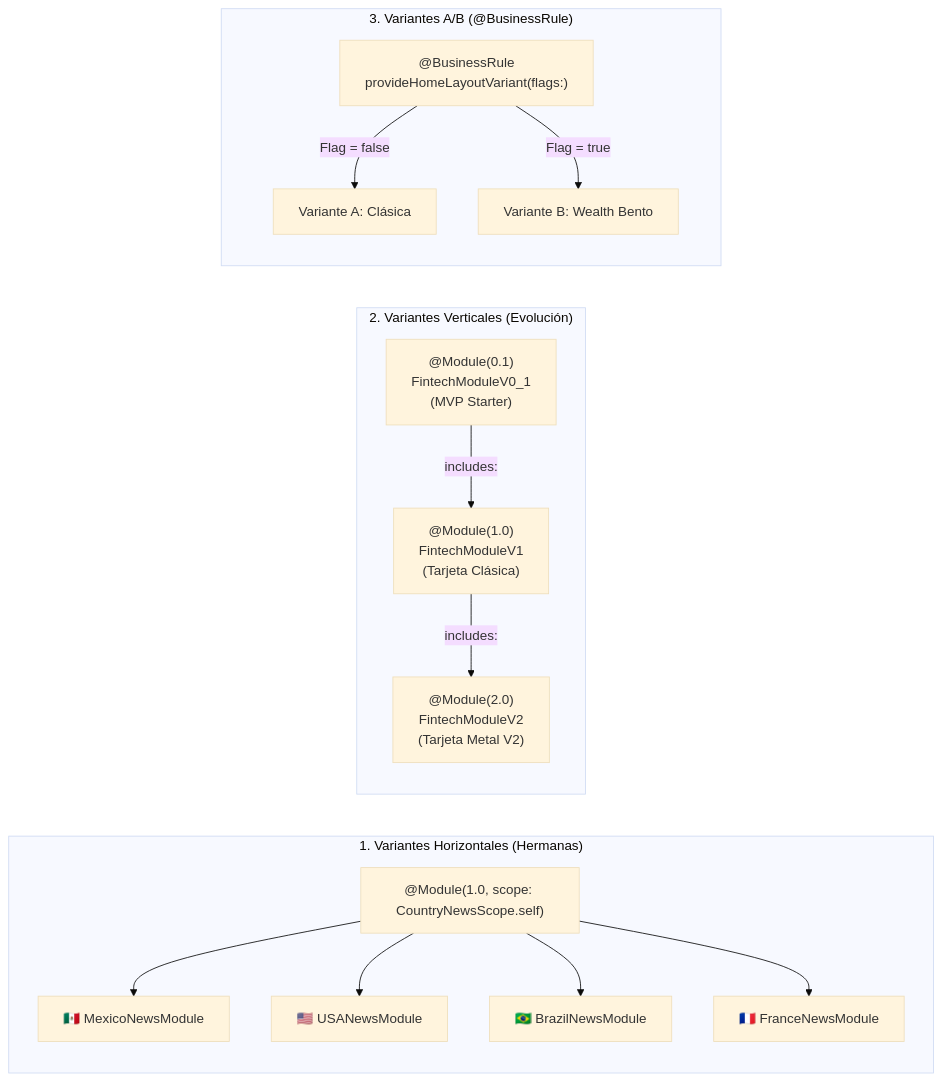
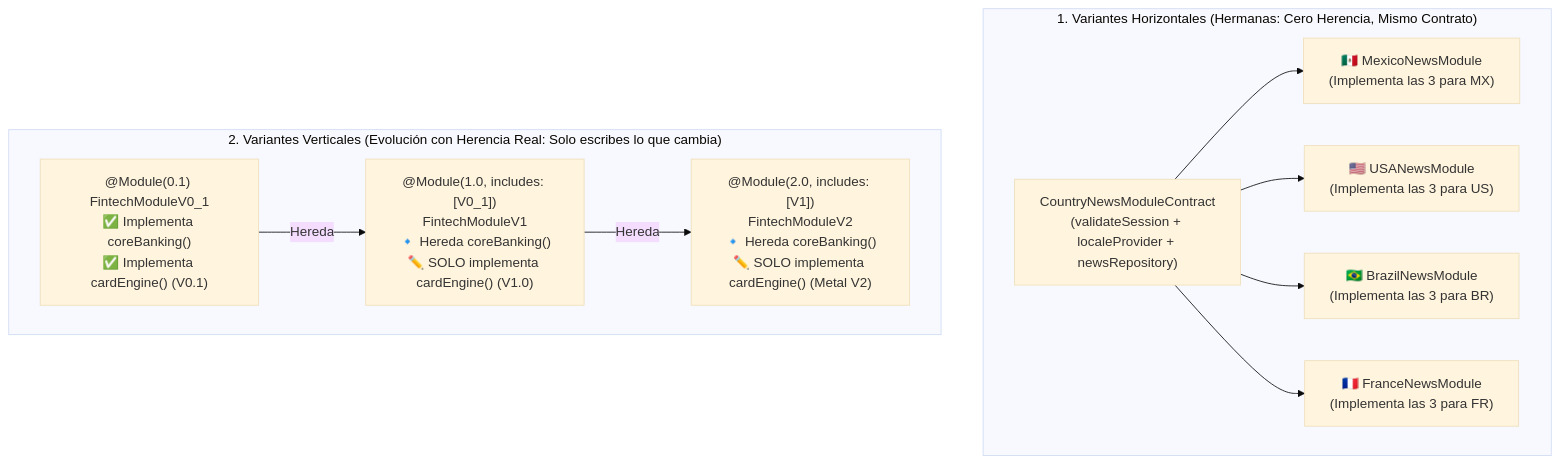
The third of 3 diagrams in README.md (fsaldivar-dev/dagger-swift), drawn with Mermaid (base theme) before and after one commit. The commit also changed other lines of this file and 3 other files, not shown here.

Commit message:
docs(README) & refactor(SampleProyect): detail @Module definition, 3 variant types, and clean provider inheritance

````diff
--- a/README.md
+++ b/README.md
@@ -122,24 +172,19 @@
 ```mermaid
-flowchart LR
-    subgraph V_Hor ["1. Variantes Horizontales (Hermanas)"]
-        direction TB
-        H_Scope["@Module(1.0, scope: CountryNewsScope.self)"]
-        H_Scope --> MX["🇲🇽 MexicoNewsModule"]
-        H_Scope --> US["🇺🇸 USANewsModule"]
-        H_Scope --> BR["🇧🇷 BrazilNewsModule"]
-        H_Scope --> FR["🇫🇷 FranceNewsModule"]
+flowchart TB
+    subgraph V_Hor ["1. Variantes Horizontales (Hermanas: Cero Herencia, Mismo Contrato)"]
+        direction LR
+        ContractH["CountryNewsModuleContract\n(validateSession + localeProvider + newsRepository)"]
+        ContractH --> MX["🇲🇽 MexicoNewsModule\n(Implementa las 3 para MX)"]
+        ContractH --> US["🇺🇸 USANewsModule\n(Implementa las 3 para US)"]
+        ContractH --> BR["🇧🇷 BrazilNewsModule\n(Implementa las 3 para BR)"]
+        ContractH --> FR["🇫🇷 FranceNewsModule\n(Implementa las 3 para FR)"]
     end
 
-    subgraph V_Ver ["2. Variantes Verticales (Evolución)"]
-        direction TB
-        V01["@Module(0.1)\nFintechModuleV0_1\n(MVP Starter)"] -->|"includes:"| V10["@Module(1.0)\nFintechModuleV1\n(Tarjeta Clásica)"]
-        V10 -->|"includes:"| V20["@Module(2.0)\nFintechModuleV2\n(Tarjeta Metal V2)"]
-    end
-
-    subgraph V_AB ["3. Variantes A/B (@BusinessRule)"]
-        direction TB
-        AB["@BusinessRule\nprovideHomeLayoutVariant(flags:)"]
-        AB -->|"Flag = false"| A["Variante A: Clásica"]
-        AB -->|"Flag = true"| B["Variante B: Wealth Bento"]
+    subgraph V_Ver ["2. Variantes Verticales (Evolución con Herencia Real: Solo escribes lo que cambia)"]
+        direction LR
+        V01["@Module(0.1) FintechModuleV0_1\n✅ Implementa coreBanking()\n✅ Implementa cardEngine() (V0.1)"]
+        V10["@Module(1.0, includes: [V0_1])\nFintechModuleV1\n🔹 Hereda coreBanking()\n✏️ SOLO implementa cardEngine() (V1.0)"]
+        V20["@Module(2.0, includes: [V1])\nFintechModuleV2\n🔹 Hereda coreBanking()\n✏️ SOLO implementa cardEngine() (Metal V2)"]
+        V01 -->|"Hereda"| V10 -->|"Hereda"| V20
     end
 ```
````
